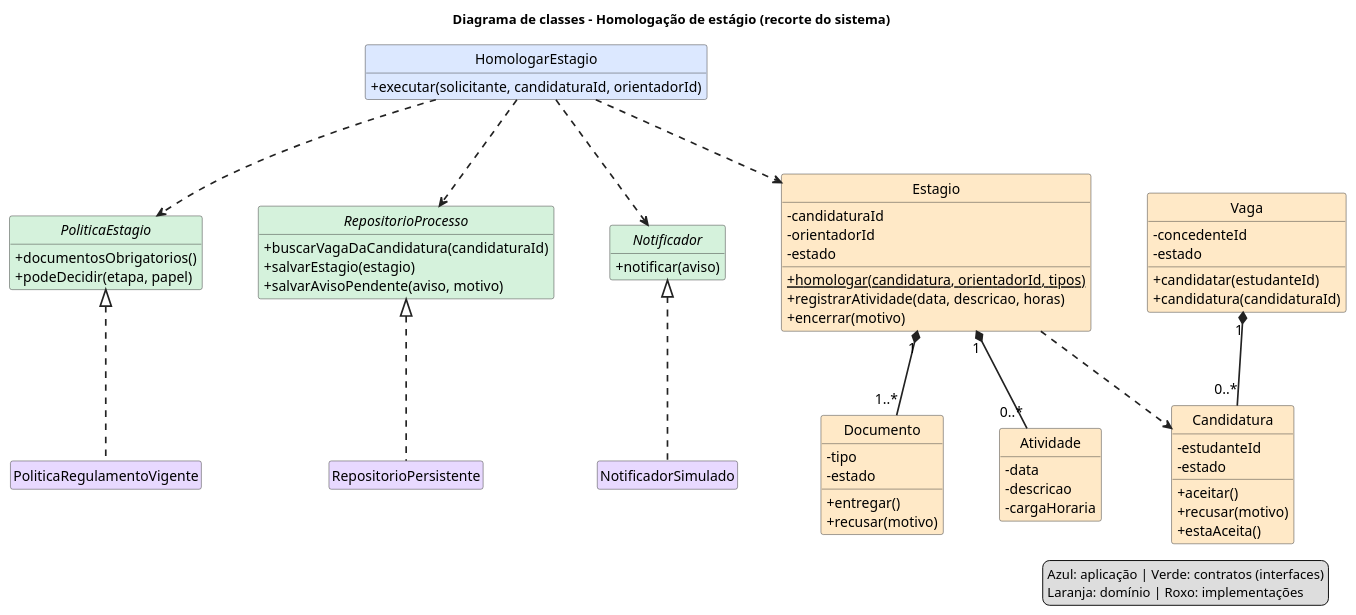
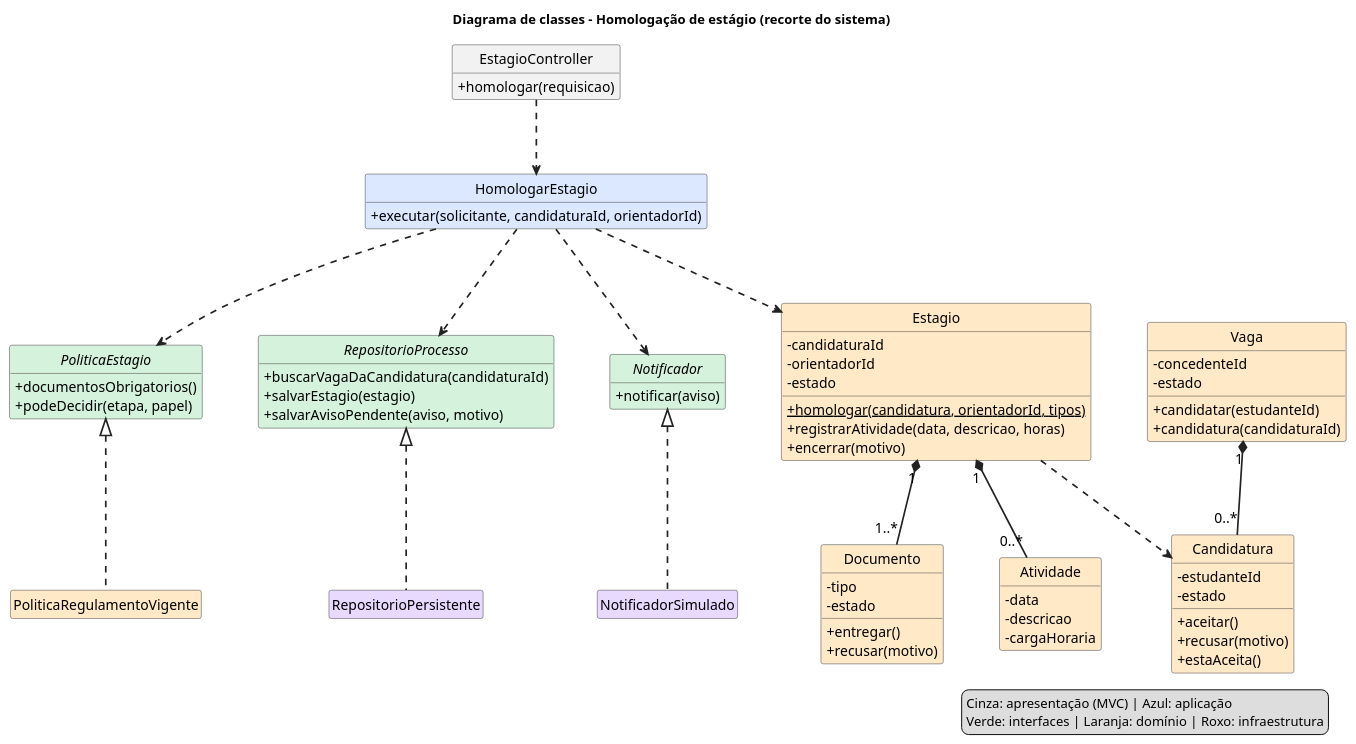
One commit to sofiawl/SoftwareDesign changed the diagram in docs/diagramas/classes.puml. Above: the diagram before and after it, drawn with PlantUML. The commit also changed 2 other files, not shown here.

Commit message:
docs(uml): diagrama de classes com Controller MVC e política no domínio
- EstagioController (apresentação) delega a HomologarEstagio
- PoliticaRegulamentoVigente classificada como domínio
- legenda com apresentação, aplicação, interfaces, domínio e
  infraestrutura
- classes.png regenerado

```diff
--- a/docs/diagramas/classes.puml
+++ b/docs/diagramas/classes.puml
@@ -1,101 +1,112 @@
 @startuml classes
 title Diagrama de classes - Homologação de estágio (recorte do sistema)
 
 skinparam classAttributeIconSize 0
 skinparam defaultFontSize 15
 skinparam ArrowThickness 1.8
 skinparam ArrowColor #222222
 skinparam shadowing false
 skinparam nodesep 60
 skinparam ranksep 80
 skinparam ClassBorderColor #333333
+skinparam ClassBackgroundColor<<apresentacao>> #F2F2F2
 skinparam ClassBackgroundColor<<app>> #DCE8FF
 skinparam ClassBackgroundColor<<contrato>> #D5F2DC
 skinparam ClassBackgroundColor<<dominio>> #FFE9C7
 skinparam ClassBackgroundColor<<infra>> #E8D9FF
 hide stereotype
 hide empty members
 hide circle
 
+' ---------- Apresentação (MVC) ----------
+class EstagioController <<apresentacao>> {
+  +homologar(requisicao)
+}
+
 ' ---------- Aplicação ----------
 class HomologarEstagio <<app>> {
   +executar(solicitante, candidaturaId, orientadorId)
 }
 
-' ---------- Contratos (interfaces estáveis) ----------
+' ---------- Interfaces (estáveis) ----------
 interface PoliticaEstagio <<contrato>> {
   +documentosObrigatorios()
   +podeDecidir(etapa, papel)
 }
 interface RepositorioProcesso <<contrato>> {
   +buscarVagaDaCandidatura(candidaturaId)
   +salvarEstagio(estagio)
   +salvarAvisoPendente(aviso, motivo)
 }
 interface Notificador <<contrato>> {
   +notificar(aviso)
 }
 
 ' ---------- Domínio ----------
 class Estagio <<dominio>> {
   -candidaturaId
   -orientadorId
   -estado
   +{static} homologar(candidatura, orientadorId, tipos)
   +registrarAtividade(data, descricao, horas)
   +encerrar(motivo)
 }
 class Documento <<dominio>> {
   -tipo
   -estado
   +entregar()
   +recusar(motivo)
 }
 class Atividade <<dominio>> {
   -data
   -descricao
   -cargaHoraria
 }
 class Vaga <<dominio>> {
   -concedenteId
   -estado
   +candidatar(estudanteId)
   +candidatura(candidaturaId)
 }
 class Candidatura <<dominio>> {
   -estudanteId
   -estado
   +aceitar()
   +recusar(motivo)
   +estaAceita()
 }
 
-' ---------- Implementações (fora do núcleo) ----------
-class PoliticaRegulamentoVigente <<infra>>
+' ---------- Implementação de regra (domínio) ----------
+class PoliticaRegulamentoVigente <<dominio>>
+
+' ---------- Infraestrutura ----------
 class RepositorioPersistente <<infra>>
 class NotificadorSimulado <<infra>>
+
+' ---------- Controller delega ao caso de uso ----------
+EstagioController ..> HomologarEstagio
 
 ' ---------- Dependências do caso de uso ----------
 HomologarEstagio ..> PoliticaEstagio
 HomologarEstagio ..> RepositorioProcesso
 HomologarEstagio ..> Notificador
 HomologarEstagio ..> Estagio
 
 ' ---------- Realizações ----------
 PoliticaEstagio <|.. PoliticaRegulamentoVigente
 RepositorioProcesso <|.. RepositorioPersistente
 Notificador <|.. NotificadorSimulado
 
 ' ---------- Composições (a parte não existe sem o todo) ----------
 Estagio "1" *-- "1..*" Documento
 Estagio "1" *-- "0..*" Atividade
 Vaga "1" *-- "0..*" Candidatura
 
 ' ---------- Dependência de domínio ----------
 Estagio ..> Candidatura
 
 legend right
-  Azul: aplicação | Verde: contratos (interfaces)
-  Laranja: domínio | Roxo: implementações
+  Cinza: apresentação (MVC) | Azul: aplicação
+  Verde: interfaces | Laranja: domínio | Roxo: infraestrutura
 endlegend
 @enduml
```
